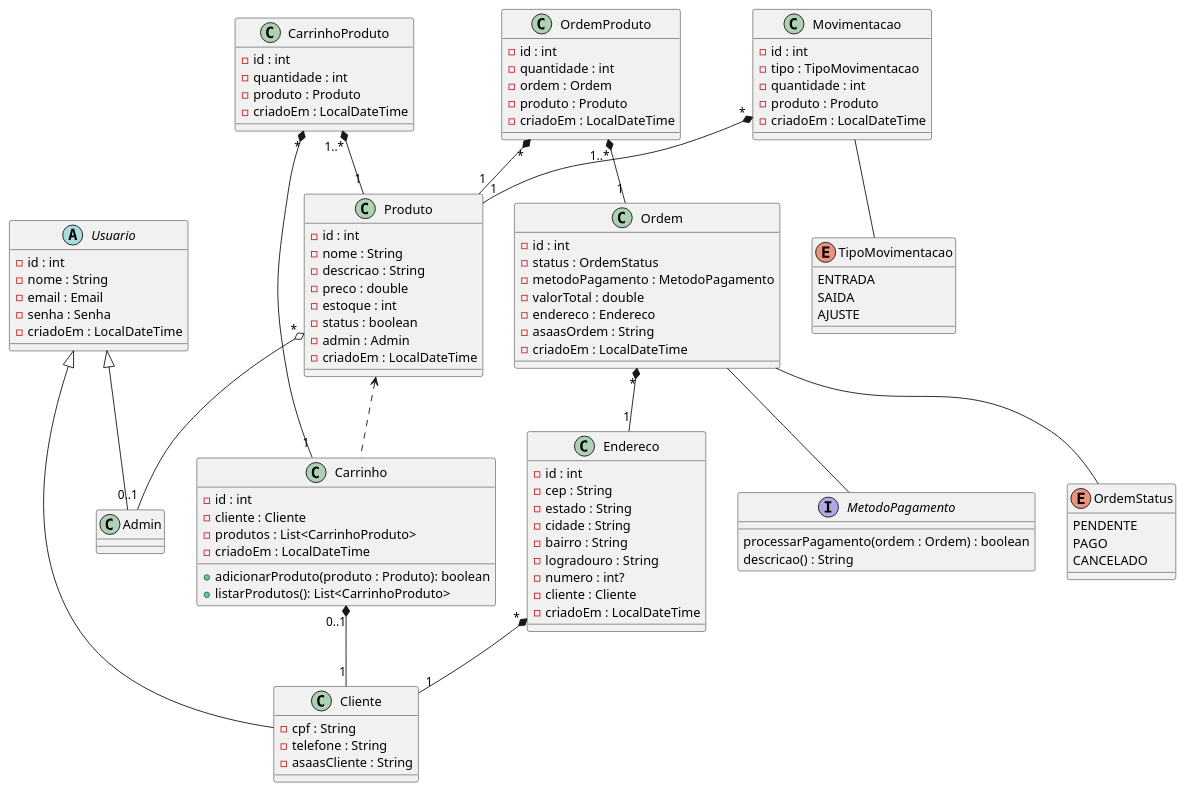
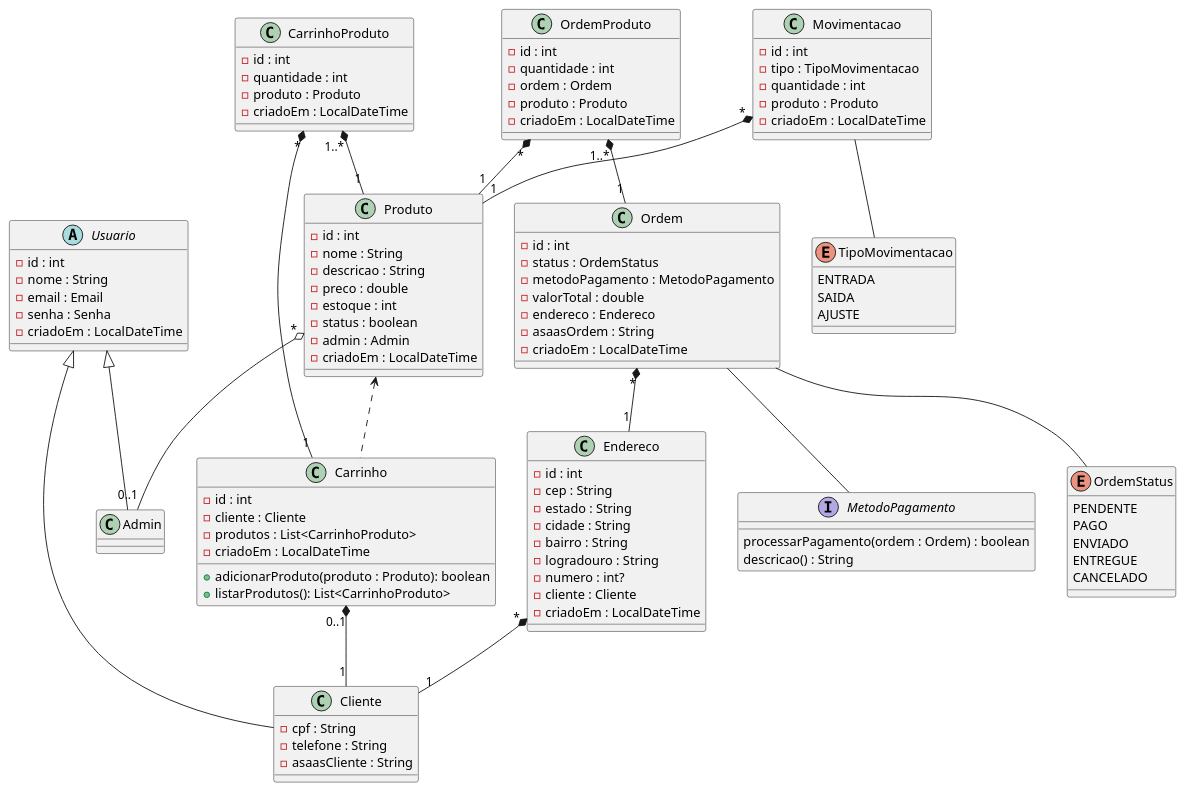
The diagram in README.md (LucasKelim/game-on), drawn with PlantUML before and after one commit.

Commit message:
Atualizado diagrama de classe no README

````diff
--- a/README.md
+++ b/README.md
@@ -116,6 +116,5 @@
 ```plantuml
 @startuml
-
 abstract class Usuario {
     -id : int
     -nome : String
@@ -124,21 +123,15 @@
     -criadoEm : LocalDateTime
 }
 
-
-
 class Admin {
 
 }
-
-
 
 class Cliente {
     -cpf : String
     -telefone : String
     -asaasCliente : String
 }
-
-
 
 class Produto {
     -id : int
@@ -151,8 +144,6 @@
     -criadoEm : LocalDateTime
 }
 
-
-
 class Movimentacao {
     -id : int
     -tipo : TipoMovimentacao
@@ -160,8 +151,6 @@
     -produto : Produto
     -criadoEm : LocalDateTime
 }
-
-
 
 class Carrinho {
     -id : int
@@ -172,16 +161,12 @@
     -criadoEm : LocalDateTime
 }
 
-
-
 class CarrinhoProduto {
     -id : int
     -quantidade : int
     -produto : Produto
     -criadoEm : LocalDateTime
 }
-
-
 
 class Ordem {
     -id : int
@@ -193,8 +178,6 @@
     -criadoEm : LocalDateTime
 }
 
-
-
 class OrdemProduto {
     -id : int
     -quantidade : int
@@ -202,8 +185,6 @@
     -produto : Produto
     -criadoEm : LocalDateTime
 }
-
-
 
 class Endereco {
     -id : int
@@ -217,14 +198,10 @@
     -criadoEm : LocalDateTime
 }
 
-
-
 interface MetodoPagamento {
     processarPagamento(ordem : Ordem) : boolean
     descricao() : String
 }
-
-
 
 enum TipoMovimentacao {
     ENTRADA
@@ -232,15 +209,13 @@
     AJUSTE
 }
 
-
-
 enum OrdemStatus {
     PENDENTE
     PAGO
+	ENVIADO
+	ENTREGUE
     CANCELADO
 }
-
-
 
 Usuario <|-- Cliente
 Usuario <|-- Admin
````
